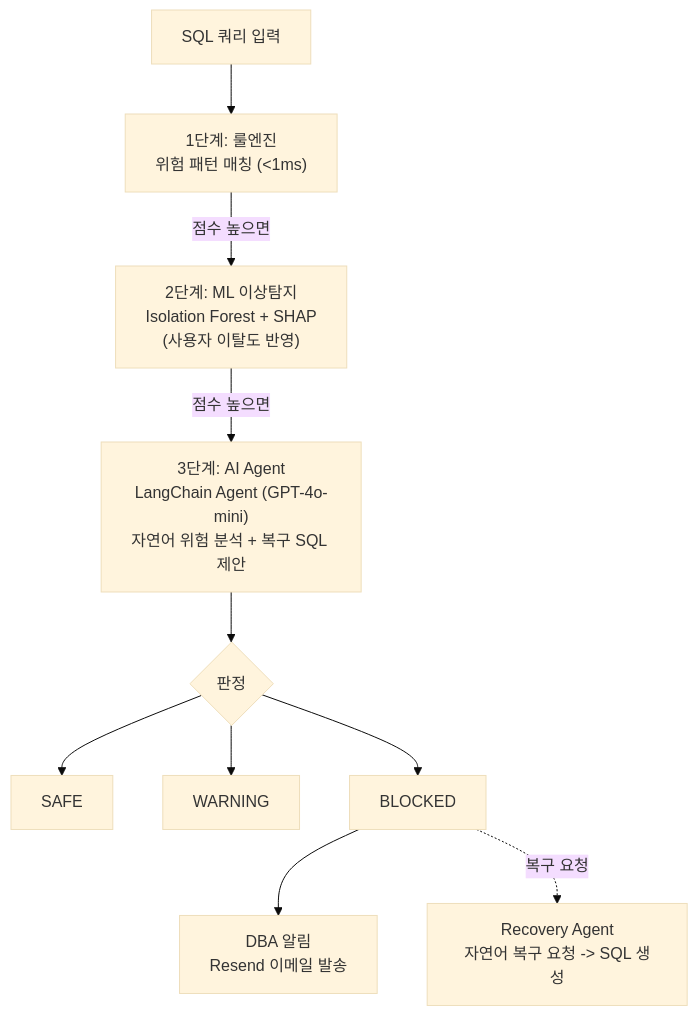
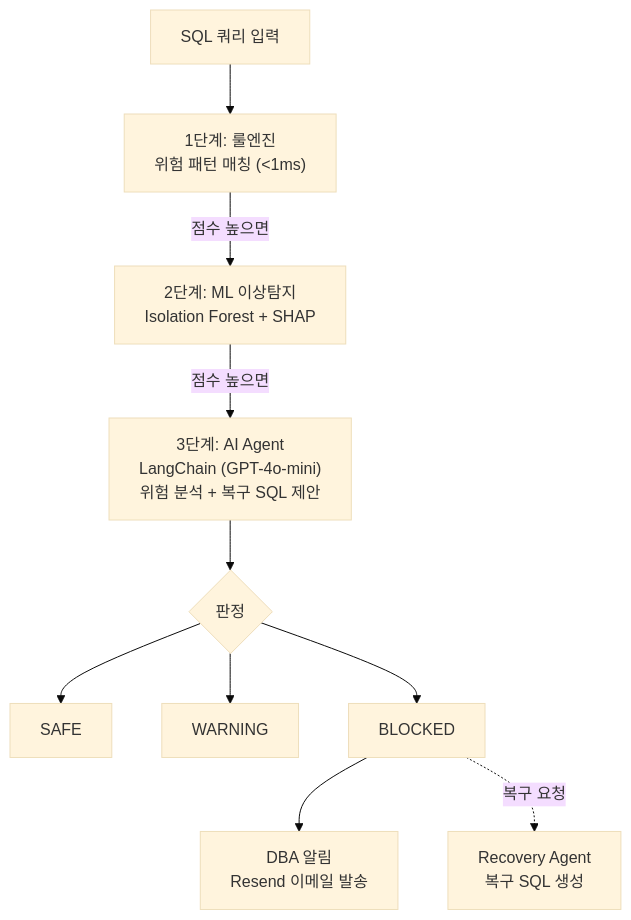
The fifth of 7 diagrams in README.md (ASNGG/cafe24-demo), drawn with Mermaid (base theme) before and after one commit. The commit also changed other lines of this file and 7 other files, not shown here.

````diff
--- a/README.md
+++ b/README.md
@@ -283,23 +279,23 @@
 ```mermaid
 flowchart TD
     A["SQL 쿼리 입력"]
     B["1단계: 룰엔진<br/>위험 패턴 매칭 (<1ms)"]
-    C["2단계: ML 이상탐지<br/>Isolation Forest + SHAP<br/>(사용자 이탈도 반영)"]
-    D["3단계: AI Agent<br/>LangChain Agent (GPT-4o-mini)<br/>자연어 위험 분석 + 복구 SQL 제안"]
+    C["2단계: ML 이상탐지<br/>Isolation Forest + SHAP"]
+    D["3단계: AI Agent<br/>LangChain (GPT-4o-mini)<br/>위험 분석 + 복구 SQL 제안"]
     E{"판정"}
     F["SAFE"]
     G["WARNING"]
     H["BLOCKED"]
     I["DBA 알림<br/>Resend 이메일 발송"]
-    J["Recovery Agent<br/>자연어 복구 요청 -> SQL 생성"]
+    J["Recovery Agent<br/>복구 SQL 생성"]
 
     A --> B
     B -->|"점수 높으면"| C
     C -->|"점수 높으면"| D
     D --> E
     E --> F
     E --> G
     E --> H
     H --> I
     H -.->|"복구 요청"| J
 ```
````
